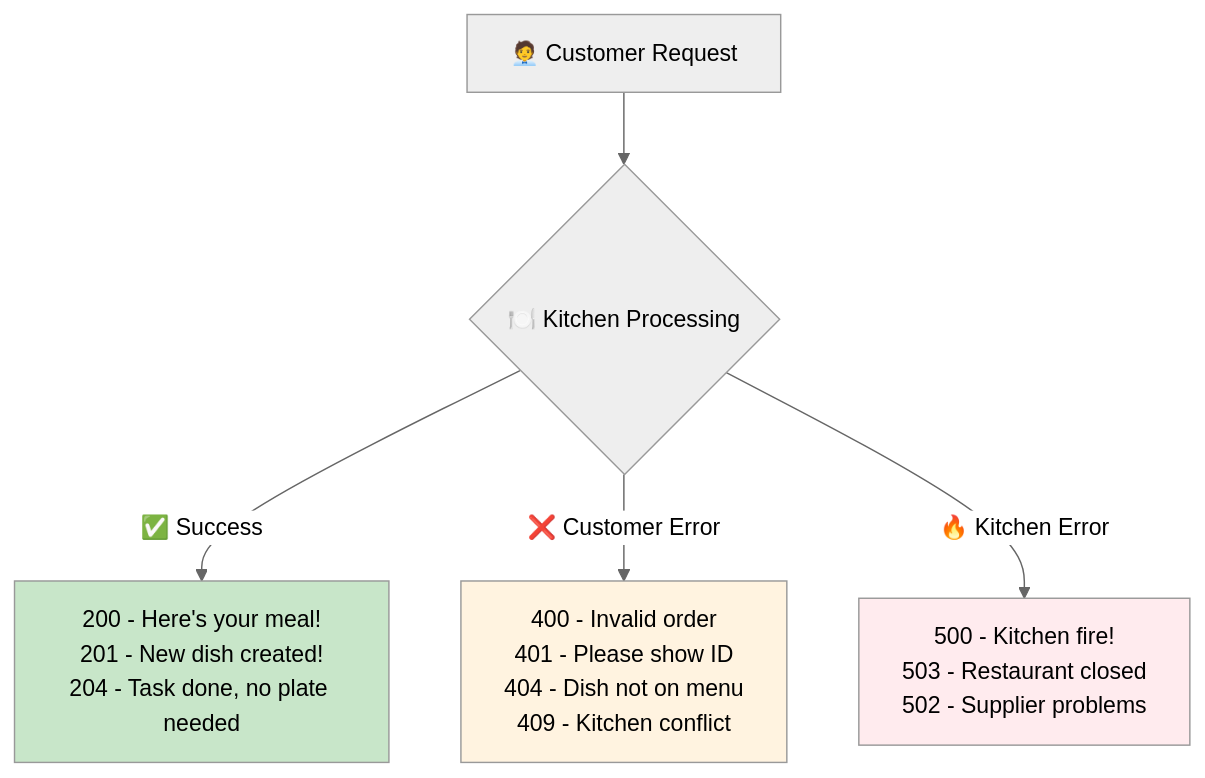
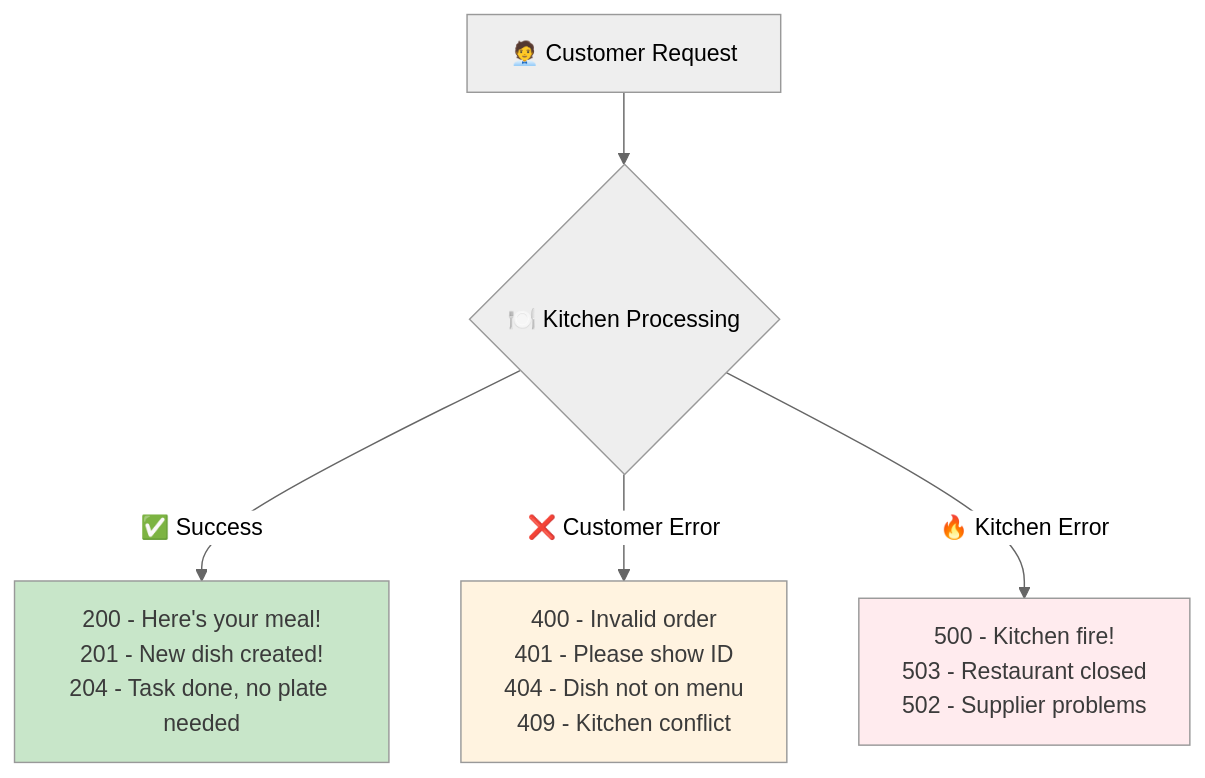
The fifth of 5 diagrams in app/docs/02_foundation/04-response-handling/page.mdx (ridwanspace/restful-fastapi-guideline), drawn with Mermaid (neutral theme) before and after one commit. The commit also changed other lines of this file and 8 other files, not shown here.

First line of the commit message:
📝 docs(docs): enhance graph diagrams in foundation docs

````diff
--- a/app/docs/02_foundation/04-response-handling/page.mdx
+++ b/app/docs/02_foundation/04-response-handling/page.mdx
@@ -666,11 +666,11 @@
 ```mermaid
 graph TD
     A[🧑‍💼 Customer Request] --> B{🍽️ Kitchen Processing}
     B -->|✅ Success| C[200 - Here's your meal!<br/>201 - New dish created!<br/>204 - Task done, no plate needed]
     B -->|❌ Customer Error| D[400 - Invalid order<br/>401 - Please show ID<br/>404 - Dish not on menu<br/>409 - Kitchen conflict]
     B -->|🔥 Kitchen Error| E[500 - Kitchen fire!<br/>503 - Restaurant closed<br/>502 - Supplier problems]
     
-    style C fill:#c8e6c9
-    style D fill:#fff3e0
-    style E fill:#ffebee
+    style C fill:#c8e6c9,color:#3b3b3b
+    style D fill:#fff3e0,color:#3b3b3b
+    style E fill:#ffebee,color:#3b3b3b
 ```
````
